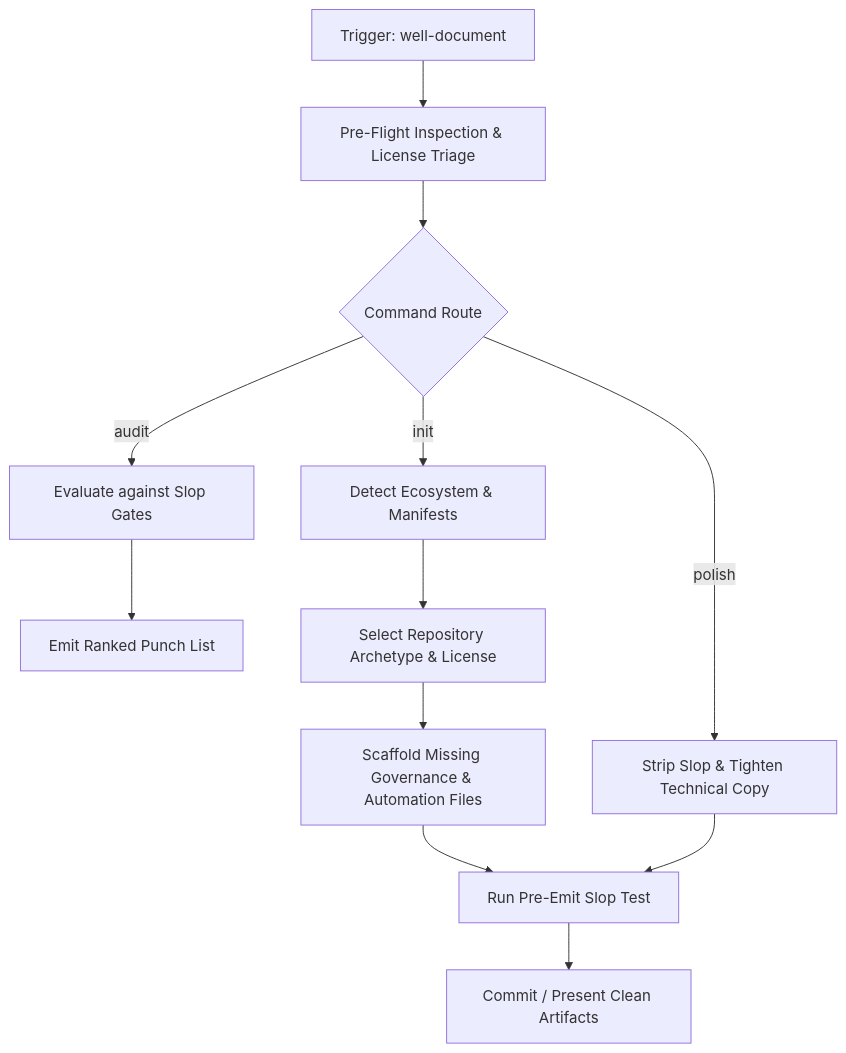
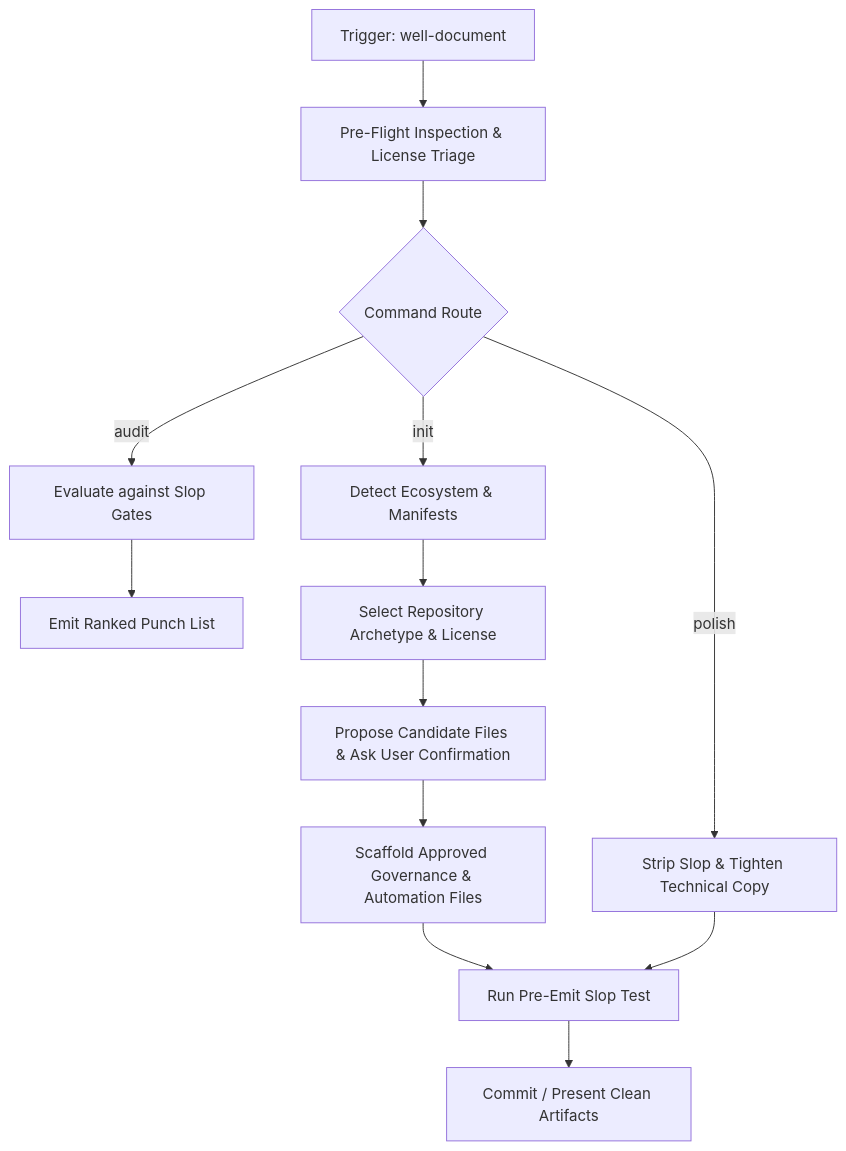
The diagram in skills/well-document/SKILL.md (AtaCanYmc/well-document), drawn with Mermaid before and after one commit. The commit also changed other lines of this file and 4 other files, not shown here.

Commit message:
feat(governance): enforce user confirmation before scaffolding documentation files

````diff
--- a/skills/well-document/SKILL.md
+++ b/skills/well-document/SKILL.md
@@ -55,13 +56,14 @@
 ```mermaid
 flowchart TD
     A["Trigger: well-document"] --> B["Pre-Flight Inspection & License Triage"]
     B --> C{"Command Route"}
     C -->|"audit"| D["Evaluate against Slop Gates"]
     D --> E["Emit Ranked Punch List"]
     C -->|"init"| F["Detect Ecosystem & Manifests"]
     F --> G["Select Repository Archetype & License"]
-    G --> H["Scaffold Missing Governance & Automation Files"]
-    C -->|"polish"| I["Strip Slop & Tighten Technical Copy"]
-    H & I --> J["Run Pre-Emit Slop Test"]
-    J --> K["Commit / Present Clean Artifacts"]
+    G --> H["Propose Candidate Files & Ask User Confirmation"]
+    H --> I["Scaffold Approved Governance & Automation Files"]
+    C -->|"polish"| J["Strip Slop & Tighten Technical Copy"]
+    I & J --> K["Run Pre-Emit Slop Test"]
+    K --> L["Commit / Present Clean Artifacts"]
 ```
````
